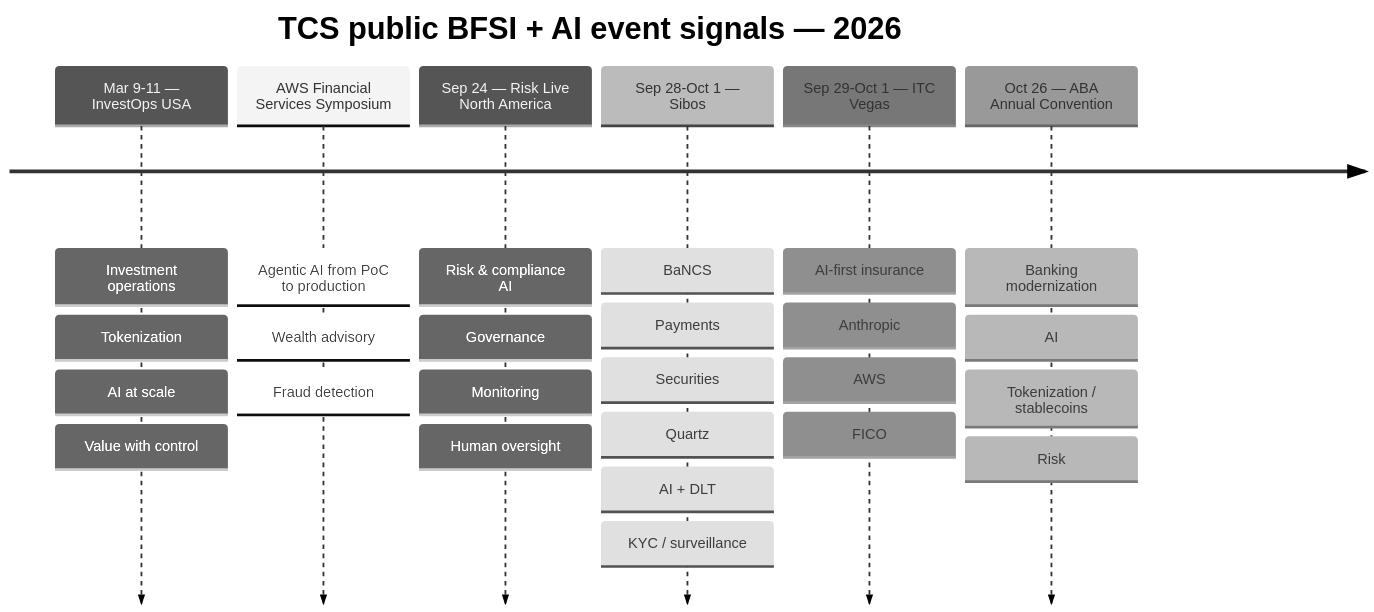
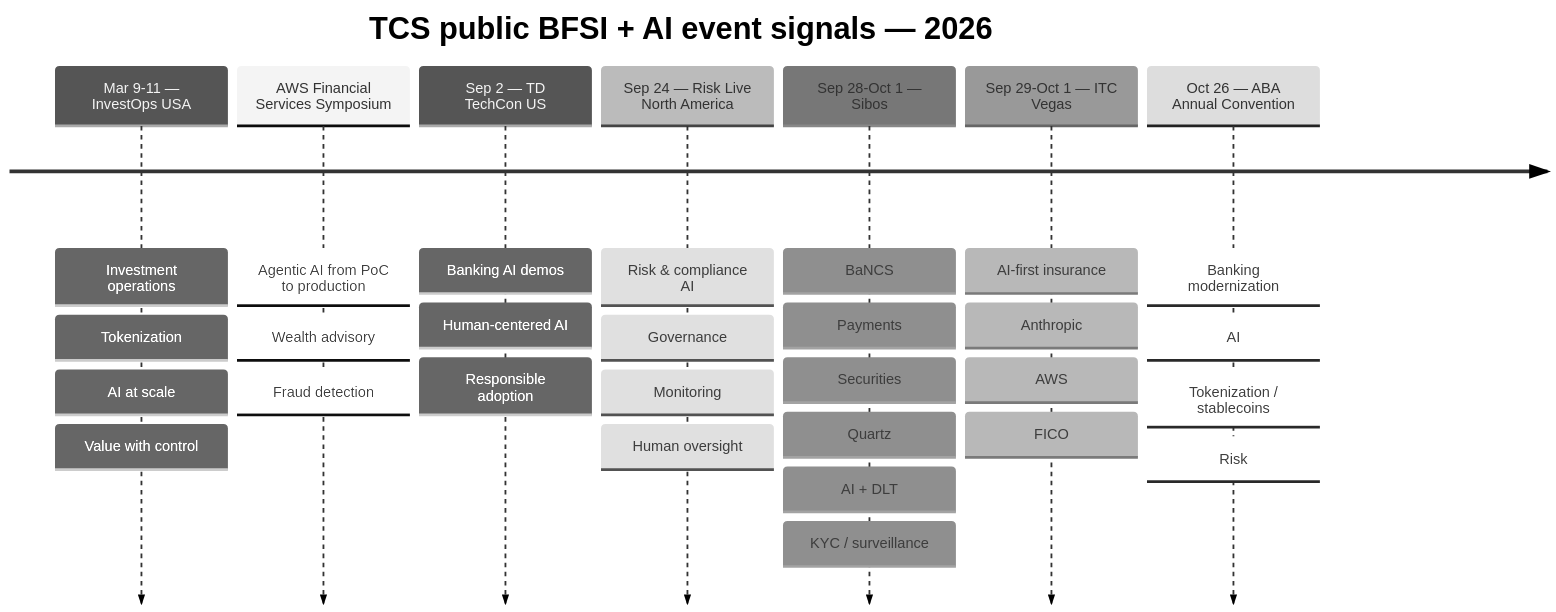
One commit to Akilankm/second-brain changed the first of 5 diagrams in events/public-event-watch.md. Above: the diagram before and after it, drawn with Mermaid (neutral theme). The commit also changed other lines of this file, not shown here.

Commit message:
Add TD TechCon 2026 public banking AI event signal

````diff
--- a/events/public-event-watch.md
+++ b/events/public-event-watch.md
@@ -14,10 +14,11 @@
 ```mermaid
 timeline
   title TCS public BFSI + AI event signals — 2026
   Mar 9-11 — InvestOps USA : Investment operations : Tokenization : AI at scale : Value with control
   AWS Financial Services Symposium : Agentic AI from PoC to production : Wealth advisory : Fraud detection
+  Sep 2 — TD TechCon US : Banking AI demos : Human-centered AI : Responsible adoption
   Sep 24 — Risk Live North America : Risk & compliance AI : Governance : Monitoring : Human oversight
   Sep 28-Oct 1 — Sibos : BaNCS : Payments : Securities : Quartz : AI + DLT : KYC / surveillance
   Sep 29-Oct 1 — ITC Vegas : AI-first insurance : Anthropic : AWS : FICO
   Oct 26 — ABA Annual Convention : Banking modernization : AI : Tokenization / stablecoins : Risk
 ```
````
